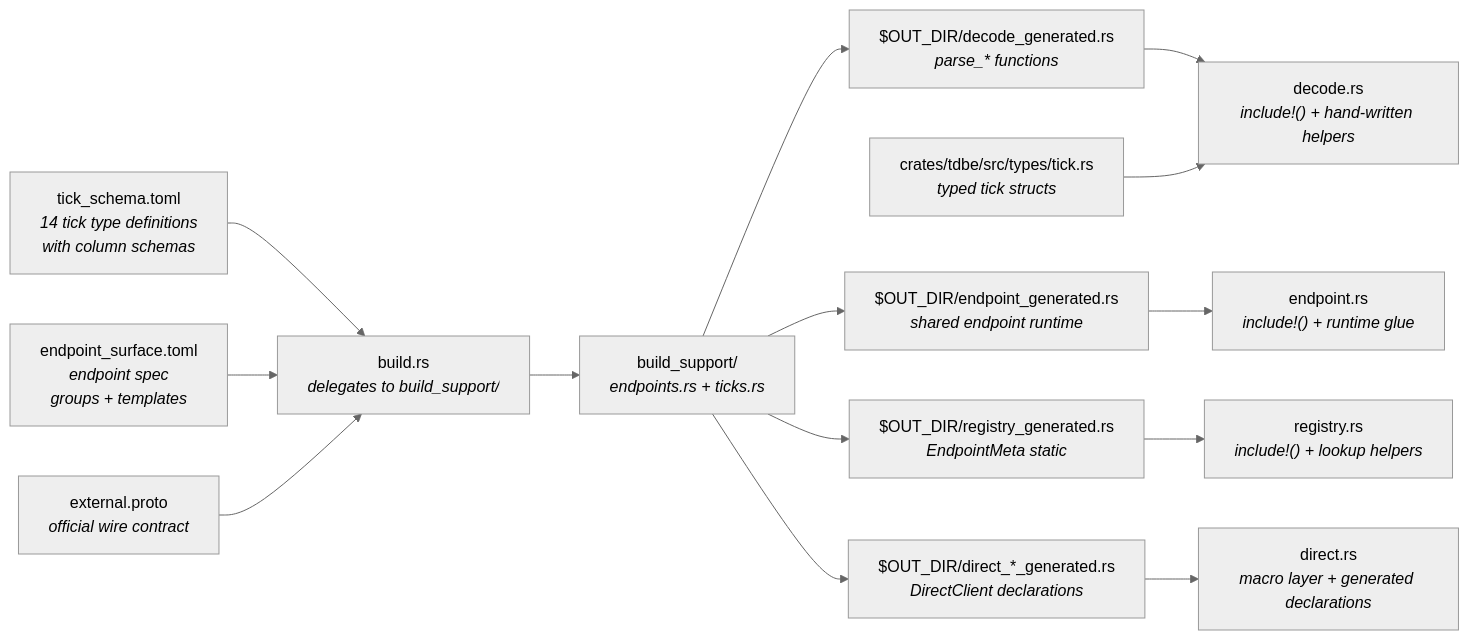
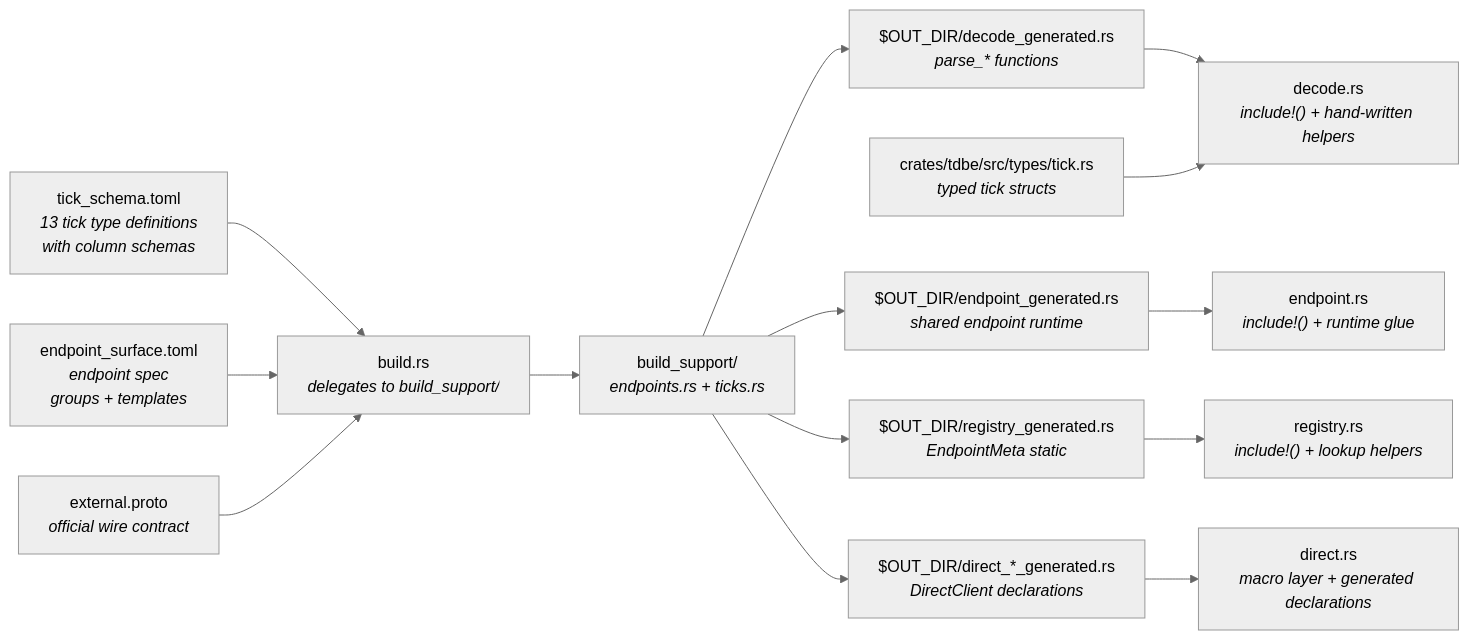
The sixth of 15 diagrams in docs/architecture.md (userFRM/ThetaDataDx), drawn with Mermaid (neutral theme) before and after one commit. The commit also changed other lines of this file and 88 other files, not shown here.

````diff
--- a/docs/architecture.md
+++ b/docs/architecture.md
@@ -161,31 +161,31 @@
 ```mermaid
 flowchart LR
-    TOML["tick_schema.toml<br/><i>14 tick type definitions<br/>with column schemas</i>"]
+    TOML["tick_schema.toml<br/><i>13 tick type definitions<br/>with column schemas</i>"]
     SURFACE["endpoint_surface.toml<br/><i>endpoint spec<br/>groups + templates</i>"]
     PROTO["external.proto<br/><i>official wire contract</i>"]
     BUILD["build.rs<br/><i>delegates to build_support/</i>"]
     SUPPORT["build_support/<br/><i>endpoints.rs + ticks.rs</i>"]
     PARSERS["$OUT_DIR/decode_generated.rs<br/><i>parse_* functions</i>"]
     RUNTIME["$OUT_DIR/endpoint_generated.rs<br/><i>shared endpoint runtime</i>"]
     REGISTRY_GEN["$OUT_DIR/registry_generated.rs<br/><i>EndpointMeta static</i>"]
     DIRECT_GEN["$OUT_DIR/direct_*_generated.rs<br/><i>DirectClient declarations</i>"]
     TICK["crates/tdbe/src/types/tick.rs<br/><i>typed tick structs</i>"]
     DECODE["decode.rs<br/><i>include!() + hand-written helpers</i>"]
     ENDPOINT["endpoint.rs<br/><i>include!() + runtime glue</i>"]
     REGISTRY["registry.rs<br/><i>include!() + lookup helpers</i>"]
     DIRECT["direct.rs<br/><i>macro layer + generated declarations</i>"]
 
     TOML --> BUILD
     SURFACE --> BUILD
     PROTO --> BUILD
     BUILD --> SUPPORT
     SUPPORT --> PARSERS
     SUPPORT --> RUNTIME
     SUPPORT --> REGISTRY_GEN
     SUPPORT --> DIRECT_GEN
     PARSERS --> DECODE
     TICK --> DECODE
     RUNTIME --> ENDPOINT
     REGISTRY_GEN --> REGISTRY
     DIRECT_GEN --> DIRECT
 ```
````
